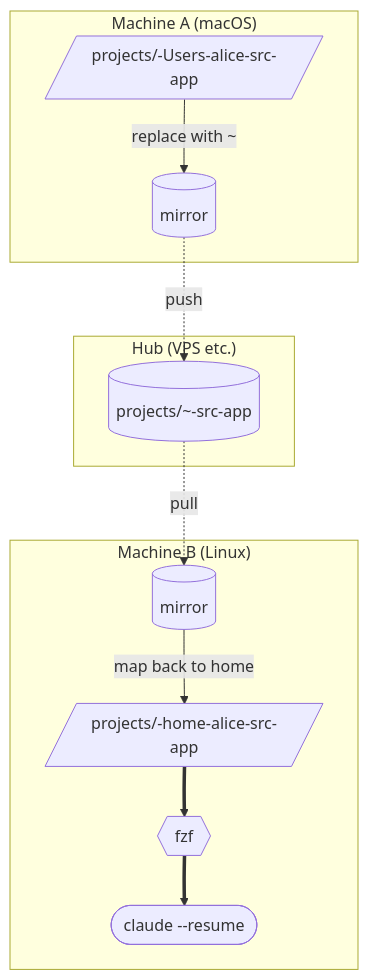
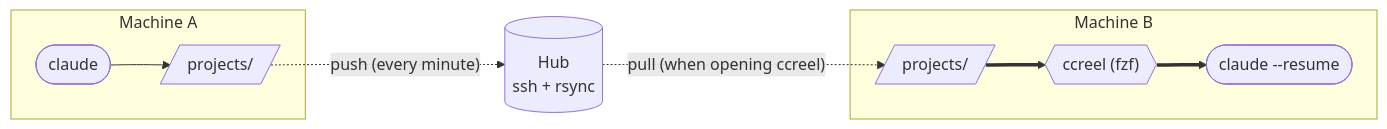
One commit to yktsnet/ccreel changed the second of 2 diagrams in README.en.md. Above: the diagram before and after it, drawn with Mermaid. The commit also changed other lines of this file and 1 other file, not shown here.

Commit message:
docs: show the sync as a plain push/pull exchange and keep three decisions in the README

````diff
--- a/README.en.md
+++ b/README.en.md
@@ -64,21 +62,12 @@
 ```mermaid
-flowchart TD
-  subgraph A["Machine A (macOS)"]
-    a1[/"projects/-Users-alice-src-app"/]
-    am[("mirror")]
+flowchart LR
+  subgraph A["Machine A"]
+    ca(["claude"]) --> pa[/"projects/"/]
   end
-  subgraph H["Hub (VPS etc.)"]
-    hub[("projects/~-src-app")]
+  hub[("Hub<br/>ssh + rsync")]
+  subgraph B["Machine B"]
+    pb[/"projects/"/] ==> fzf{{"ccreel (fzf)"}} ==> cl(["claude --resume"])
   end
-  subgraph B["Machine B (Linux)"]
-    bm[("mirror")]
-    b1[/"projects/-home-alice-src-app"/]
-    fzf{{"fzf"}}
-    cl(["claude --resume"])
-  end
-  a1 -->|"replace with ~"| am
-  am -.->|push| hub
-  hub -.->|pull| bm
-  bm -->|"map back to home"| b1
-  b1 ==> fzf ==> cl
+  pa -.->|"push (every minute)"| hub
+  hub -.->|"pull (when opening ccreel)"| pb
 ```
````
